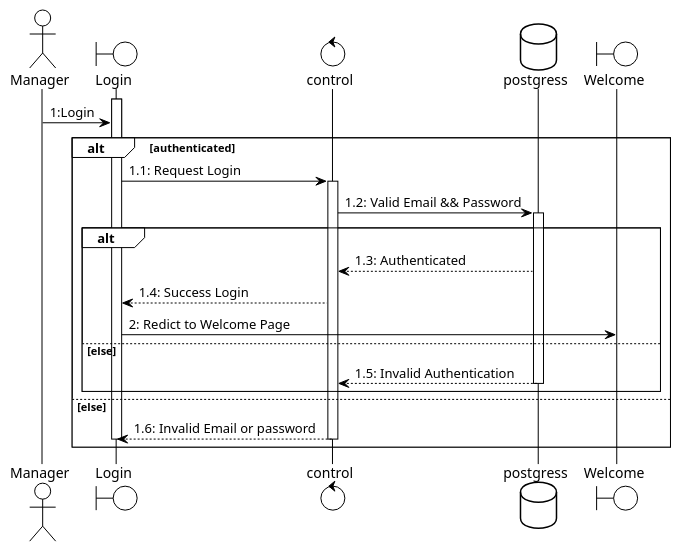
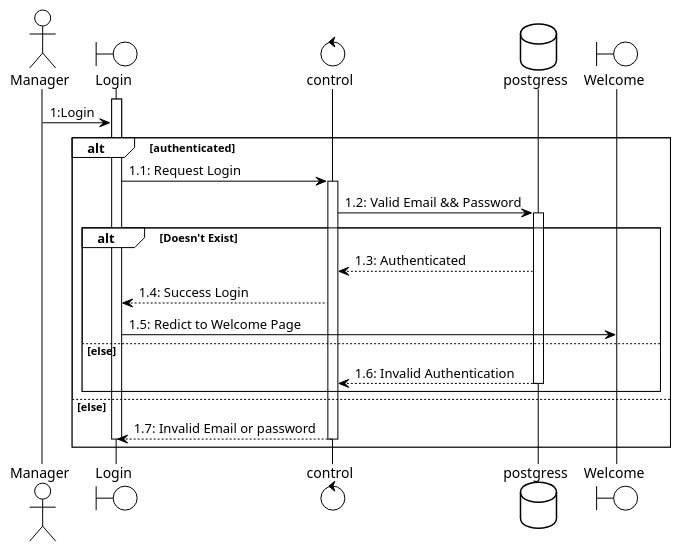
Before and after one commit to bosshentai/tccCode: the diagram in diagram/main/Sequence/login.puml, drawn with PlantUML. The commit also changed 3 other files, not shown here.

```diff
--- a/diagram/main/Sequence/login.puml
+++ b/diagram/main/Sequence/login.puml
@@ -1,47 +1,46 @@
 @startuml name
 ' !theme materia-outline
 !theme plain
 
 actor Manager as p1
 boundary Login as l1
 control control as c1
 database postgress as db
 boundary Welcome as w1
 
 activate l1
 
 
 p1 -> l1 : 1:Login
 
 alt authenticated
 
     l1 -> c1 : 1.1: Request Login
     activate c1
 
     c1 -> db : 1.2: Valid Email && Password
     activate db
 
-
-    group alt
+    alt Doesn't Exist
         db -->c1 : 1.3: Authenticated
 
         c1 --> l1: 1.4: Success Login
 
 
-     l1 -> w1: 2: Redict to Welcome Page
+     l1 -> w1: 1.5: Redict to Welcome Page
 
     else else
-        db --> c1: 1.5: Invalid Authentication
+        db --> c1: 1.6: Invalid Authentication
         deactivate db
     end
 
 else else
 
-    c1 --> l1 : 1.6: Invalid Email or password
+    c1 --> l1 : 1.7: Invalid Email or password
     deactivate c1
     deactivate l1
 end
 
 
 
 @enduml
```
